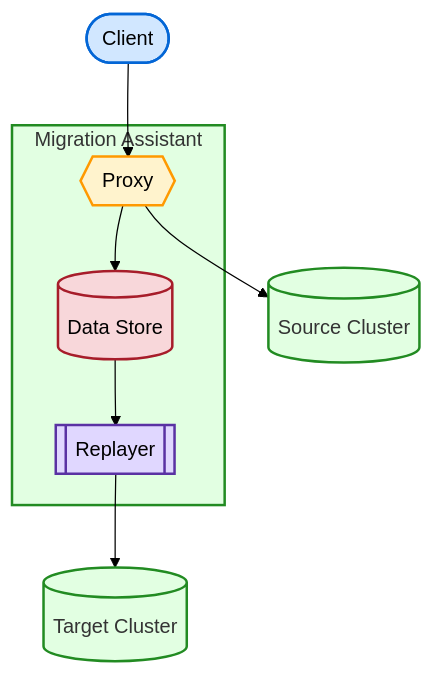
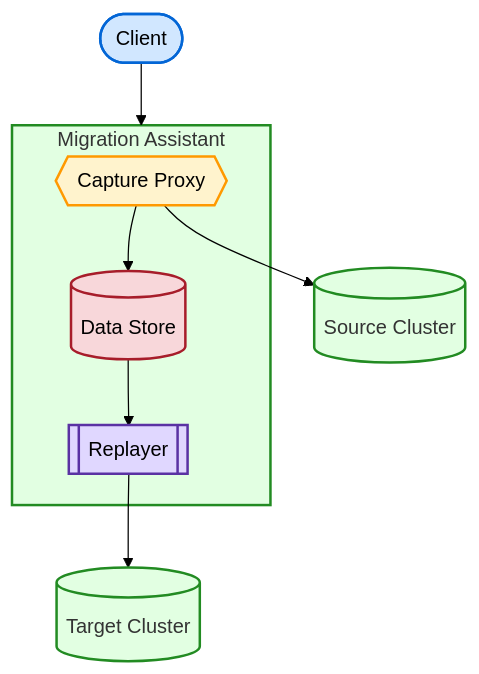
Before and after one commit to peternied/opensearch-migrations: the fourth of 5 diagrams in docs/OpenSearchConNA2025.md, drawn with Mermaid (forest theme). The commit also changed other lines of this file, not shown here.

Commit message:
Clean up capture and replay

````diff
--- a/docs/OpenSearchConNA2025.md
+++ b/docs/OpenSearchConNA2025.md
@@ -58,18 +61,18 @@
 ```mermaid
 flowchart TD
-    C([Client]):::client --> P{{Proxy}}:::proxy
-    P --> SC[(Source Cluster)]:::cluster
-    
+    C([Client]):::client --> MA
+
     subgraph MA[Migration Assistant]
-        P --> DS[(Data Store)]:::datastore
+        P{{Capture Proxy}}:::proxy --> DS[(Data Store)]:::datastore
         DS --> R[[Replayer]]:::replayer
     end
 
+    P --> SC[(Source Cluster)]:::cluster
     R --> TC[(Target Cluster)]:::cluster
 
     classDef client fill:#d1e7ff,stroke:#0366d6,stroke-width:2px;
     classDef proxy fill:#fff3cd,stroke:#ff9900,stroke-width:2px;
     classDef cluster fill:#e2ffe2,stroke:#228b22,stroke-width:2px;
     classDef datastore fill:#f8d7da,stroke:#a71d2a,stroke-width:2px;
     classDef replayer fill:#e0d7ff,stroke:#5a32a3,stroke-width:2px;
 ```
````
